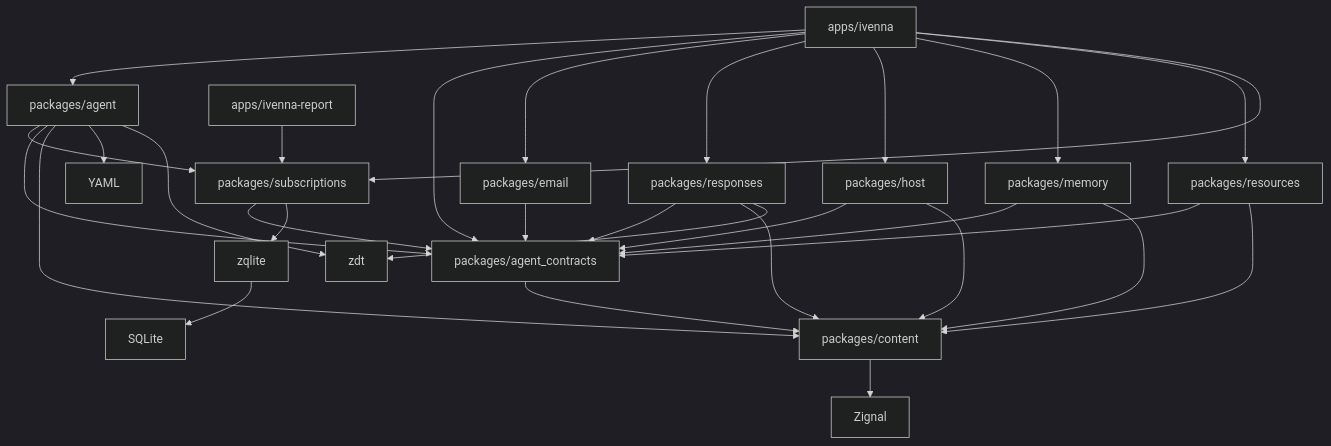
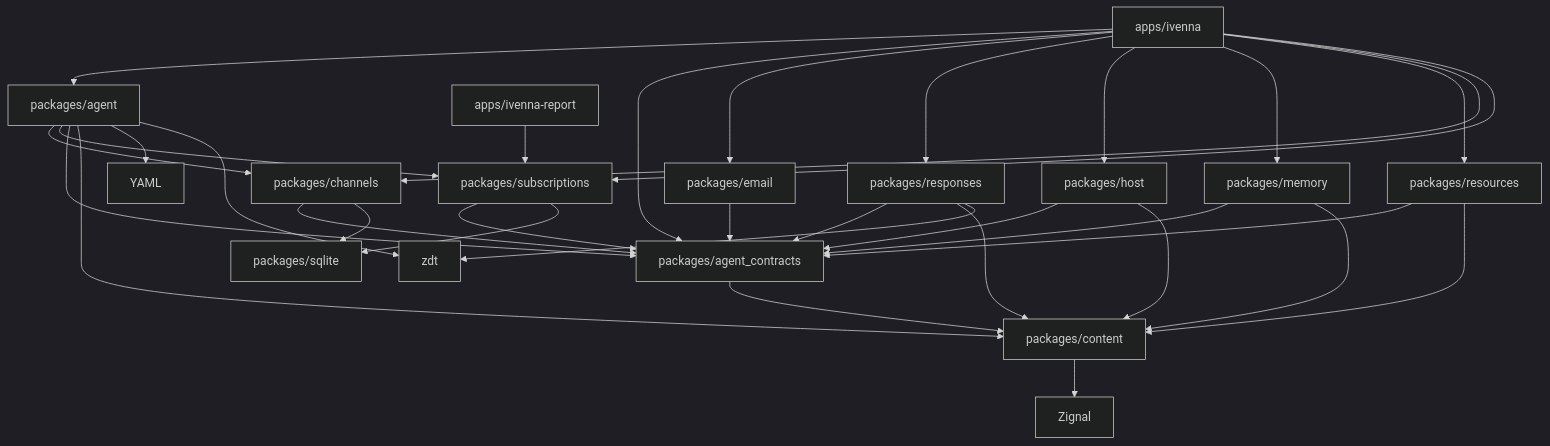
Before and after one commit to Ivenna/Ivenna: the diagram in docs/architecture.md, drawn with Mermaid (dark theme). The commit also changed other lines of this file and 44 other files, not shown here.

````diff
--- a/docs/architecture.md
+++ b/docs/architecture.md
@@ -28,32 +30,35 @@
 ```mermaid
 flowchart TD
     App[apps/ivenna] --> Agent[packages/agent]
     App --> Contracts[packages/agent_contracts]
     App --> Email[packages/email]
     App --> Responses[packages/responses]
     App --> Host[packages/host]
     App --> Memory[packages/memory]
     App --> Resources[packages/resources]
+    App --> Channels[packages/channels]
     App --> Subscriptions[packages/subscriptions]
     Report[apps/ivenna-report] --> Subscriptions
+    Agent --> Channels
     Agent --> Subscriptions
+    Channels --> Contracts
     Subscriptions --> Contracts
-    Subscriptions --> Zqlite[zqlite]
-    Zqlite --> SQLite[SQLite]
+    Channels --> SQLite[packages/sqlite]
+    Subscriptions --> SQLite
     Agent --> Contracts
     Email --> Contracts
     Responses --> Contracts
     Host --> Contracts
     Memory --> Contracts
     Host --> Content[packages/content]
     Memory --> Content
     Resources --> Contracts
     Resources --> Content
     Responses --> Content
     Agent --> Content
     Contracts --> Content
     Content --> Zignal[Zignal]
     Agent --> YAML[YAML]
     Agent --> Zdt[zdt]
     Responses --> Zdt
 ```
````
